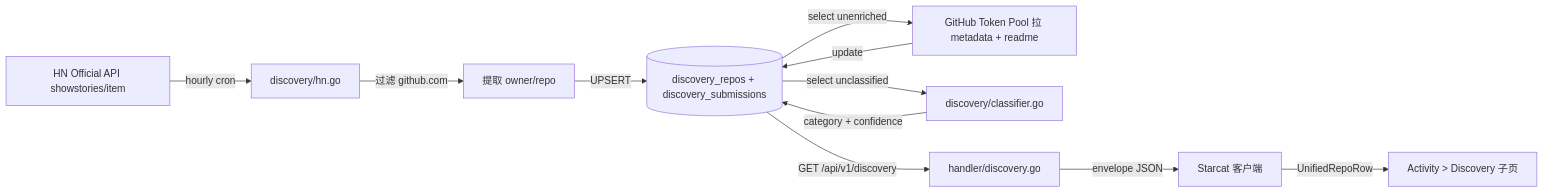
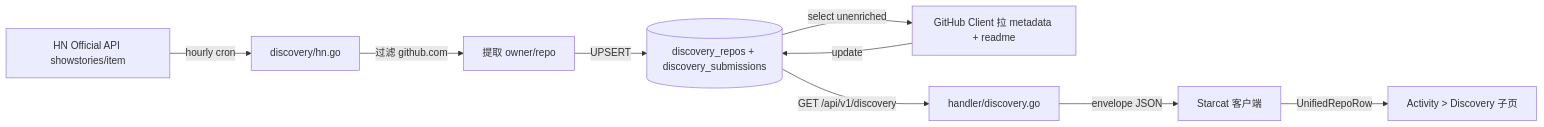
One commit to starcat-app/Starcat changed the diagram in docs/详细设计/21-AI-Discovery-Show-HN-设计.md. Above: the diagram before and after it, drawn with Mermaid. The commit also changed other lines of this file and 5 other files, not shown here.

````diff
--- a/docs/详细设计/21-AI-Discovery-Show-HN-设计.md
+++ b/docs/详细设计/21-AI-Discovery-Show-HN-设计.md
@@ -69,13 +99,11 @@
 ```mermaid
 flowchart LR
     HN[HN Official API showstories/item] -->|hourly cron| Collector[discovery/hn.go]
     Collector -->|过滤 github.com| Filter[提取 owner/repo]
     Filter -->|UPSERT| DB[(discovery_repos + discovery_submissions)]
-    DB -->|select unenriched| Enricher[GitHub Token Pool 拉 metadata + readme]
+    DB -->|select unenriched| Enricher[GitHub Client 拉 metadata + readme]
     Enricher -->|update| DB
-    DB -->|select unclassified| Classifier[discovery/classifier.go]
-    Classifier -->|category + confidence| DB
     DB -->|GET /api/v1/discovery| Handler[handler/discovery.go]
     Handler -->|envelope JSON| Client[Starcat 客户端]
     Client -->|UnifiedRepoRow| ActivityUI[Activity > Discovery 子页]
 ```
````
